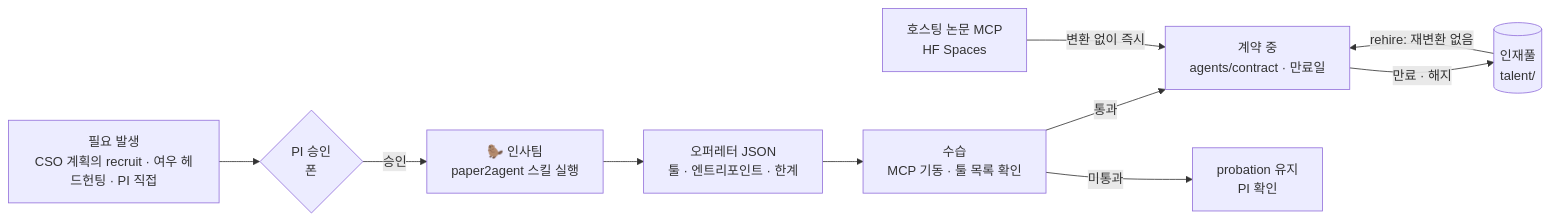
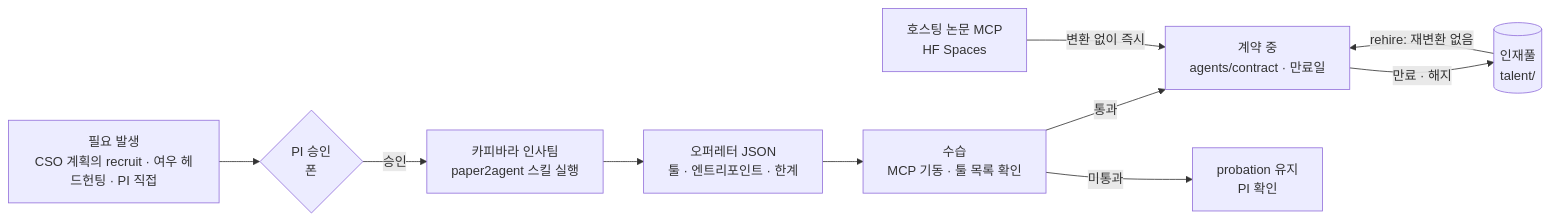
Before and after one commit to ehojune/bioinfo-team-3d: the second of 2 diagrams in docs/manual.md, drawn with Mermaid. The commit also changed other lines of this file and 16 other files, not shown here.

````diff
--- a/docs/manual.md
+++ b/docs/manual.md
@@ -647,12 +647,12 @@
 ```mermaid
 flowchart LR
   N[필요 발생<br/>CSO 계획의 recruit · 여우 헤드헌팅 · PI 직접] --> A{PI 승인<br/>폰}
-  A -->|승인| C[🦫 인사팀<br/>paper2agent 스킬 실행]
+  A -->|승인| C[카피바라 인사팀<br/>paper2agent 스킬 실행]
   C --> O[오퍼레터 JSON<br/>툴 · 엔트리포인트 · 한계]
   O --> P[수습<br/>MCP 기동 · 툴 목록 확인]
   P -->|통과| W[계약 중<br/>agents/contract · 만료일]
   P -->|미통과| Q[probation 유지<br/>PI 확인]
   W -->|만료 · 해지| T[(인재풀<br/>talent/)]
   T -->|rehire: 재변환 없음| W
   H[호스팅 논문 MCP<br/>HF Spaces] -->|변환 없이 즉시| W
 ```
````
